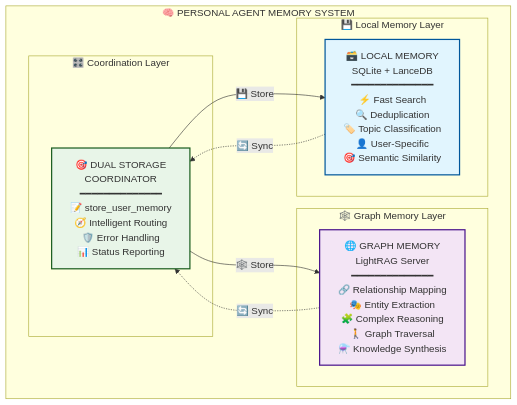
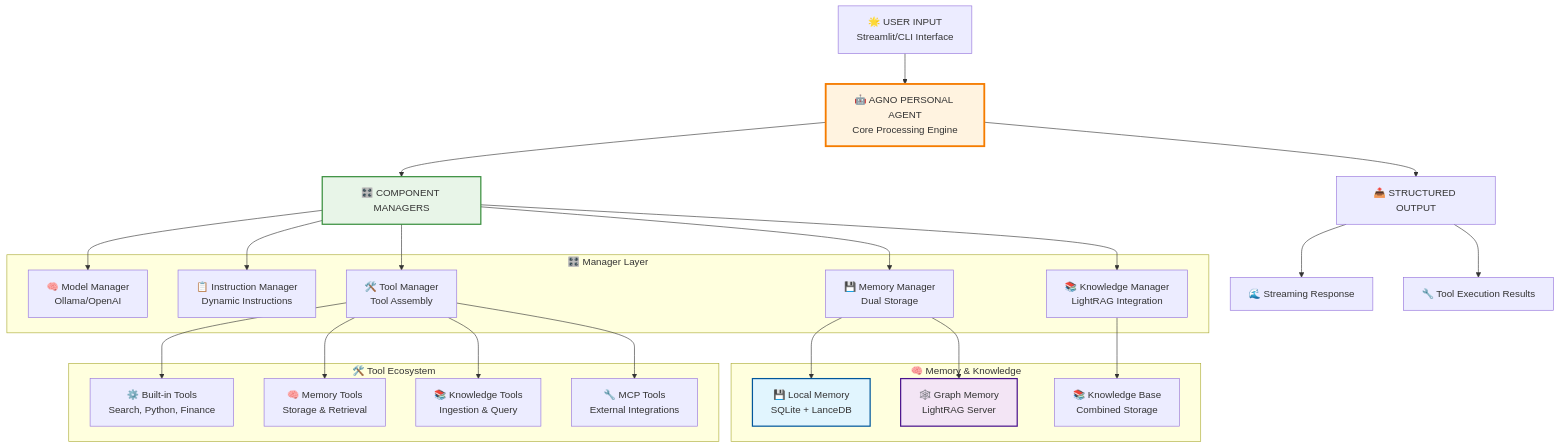
Before and after one commit to suchanek/personal_agent: the first of 2 diagrams in README.md, drawn with Mermaid. The commit also changed other lines of this file, not shown here.

````diff
--- a/README.md
+++ b/README.md
@@ -54,25 +168,51 @@
 ```mermaid
 graph TB
-    subgraph "🧠 PERSONAL AGENT MEMORY SYSTEM"
-        subgraph "💾 Local Memory Layer"
-            LM[🗃️ LOCAL MEMORY<br/>SQLite + LanceDB<br/>━━━━━━━━━━━━━━<br/>⚡ Fast Search<br/>🔍 Deduplication<br/>🏷️ Topic Classification<br/>👤 User-Specific<br/>🎯 Semantic Similarity]
-        end
-        
-        subgraph "🕸️ Graph Memory Layer"
-            GM[🌐 GRAPH MEMORY<br/>LightRAG Server<br/>━━━━━━━━━━━━━━<br/>🔗 Relationship Mapping<br/>🎭 Entity Extraction<br/>🧩 Complex Reasoning<br/>🚶 Graph Traversal<br/>⚗️ Knowledge Synthesis]
-        end
-        
-        subgraph "🎛️ Coordination Layer"
-            DC[🎯 DUAL STORAGE<br/>COORDINATOR<br/>━━━━━━━━━━━━━━<br/>📝 store_user_memory<br/>🧭 Intelligent Routing<br/>🛡️ Error Handling<br/>📊 Status Reporting]
-        end
+    UI[🌟 USER INPUT<br/>Streamlit/CLI Interface] --> AGENT[🤖 AGNO PERSONAL AGENT<br/>Core Processing Engine]
+    
+    AGENT --> MANAGERS[🎛️ COMPONENT MANAGERS]
+    
+    subgraph "🎛️ Manager Layer"
+        MODEL_MGR[🧠 Model Manager<br/>Ollama/OpenAI]
+        INST_MGR[📋 Instruction Manager<br/>Dynamic Instructions]
+        MEM_MGR[💾 Memory Manager<br/>Dual Storage]
+        KNOW_MGR[📚 Knowledge Manager<br/>LightRAG Integration]
+        TOOL_MGR[🛠️ Tool Manager<br/>Tool Assembly]
     end
     
-    LM -.->|"🔄 Sync"| DC
-    GM -.->|"🔄 Sync"| DC
-    DC -->|"💾 Store"| LM
-    DC -->|"🕸️ Store"| GM
+    MANAGERS --> MODEL_MGR
+    MANAGERS --> INST_MGR
+    MANAGERS --> MEM_MGR
+    MANAGERS --> KNOW_MGR
+    MANAGERS --> TOOL_MGR
     
-    style LM fill:#e1f5fe,stroke:#01579b,stroke-width:2px
-    style GM fill:#f3e5f5,stroke:#4a148c,stroke-width:2px
-    style DC fill:#e8f5e8,stroke:#1b5e20,stroke-width:2px
+    subgraph "🧠 Memory & Knowledge"
+        LOCAL_MEM[💾 Local Memory<br/>SQLite + LanceDB]
+        GRAPH_MEM[🕸️ Graph Memory<br/>LightRAG Server]
+        KNOWLEDGE[📚 Knowledge Base<br/>Combined Storage]
+    end
+    
+    MEM_MGR --> LOCAL_MEM
+    MEM_MGR --> GRAPH_MEM
+    KNOW_MGR --> KNOWLEDGE
+    
+    subgraph "🛠️ Tool Ecosystem"
+        BUILTIN[⚙️ Built-in Tools<br/>Search, Python, Finance]
+        MEMORY_TOOLS[🧠 Memory Tools<br/>Storage & Retrieval]
+        KNOWLEDGE_TOOLS[📚 Knowledge Tools<br/>Ingestion & Query]
+        MCP_TOOLS[🔧 MCP Tools<br/>External Integrations]
+    end
+    
+    TOOL_MGR --> BUILTIN
+    TOOL_MGR --> MEMORY_TOOLS
+    TOOL_MGR --> KNOWLEDGE_TOOLS
+    TOOL_MGR --> MCP_TOOLS
+    
+    AGENT --> OUTPUT[📤 STRUCTURED OUTPUT]
+    OUTPUT --> STREAM[🌊 Streaming Response]
+    OUTPUT --> TOOLS_CALLS[🔧 Tool Execution Results]
+    
+    style AGENT fill:#fff3e0,stroke:#f57c00,stroke-width:3px
+    style MANAGERS fill:#e8f5e8,stroke:#388e3c,stroke-width:2px
+    style LOCAL_MEM fill:#e1f5fe,stroke:#01579b,stroke-width:2px
+    style GRAPH_MEM fill:#f3e5f5,stroke:#4a148c,stroke-width:2px
 ```
````
